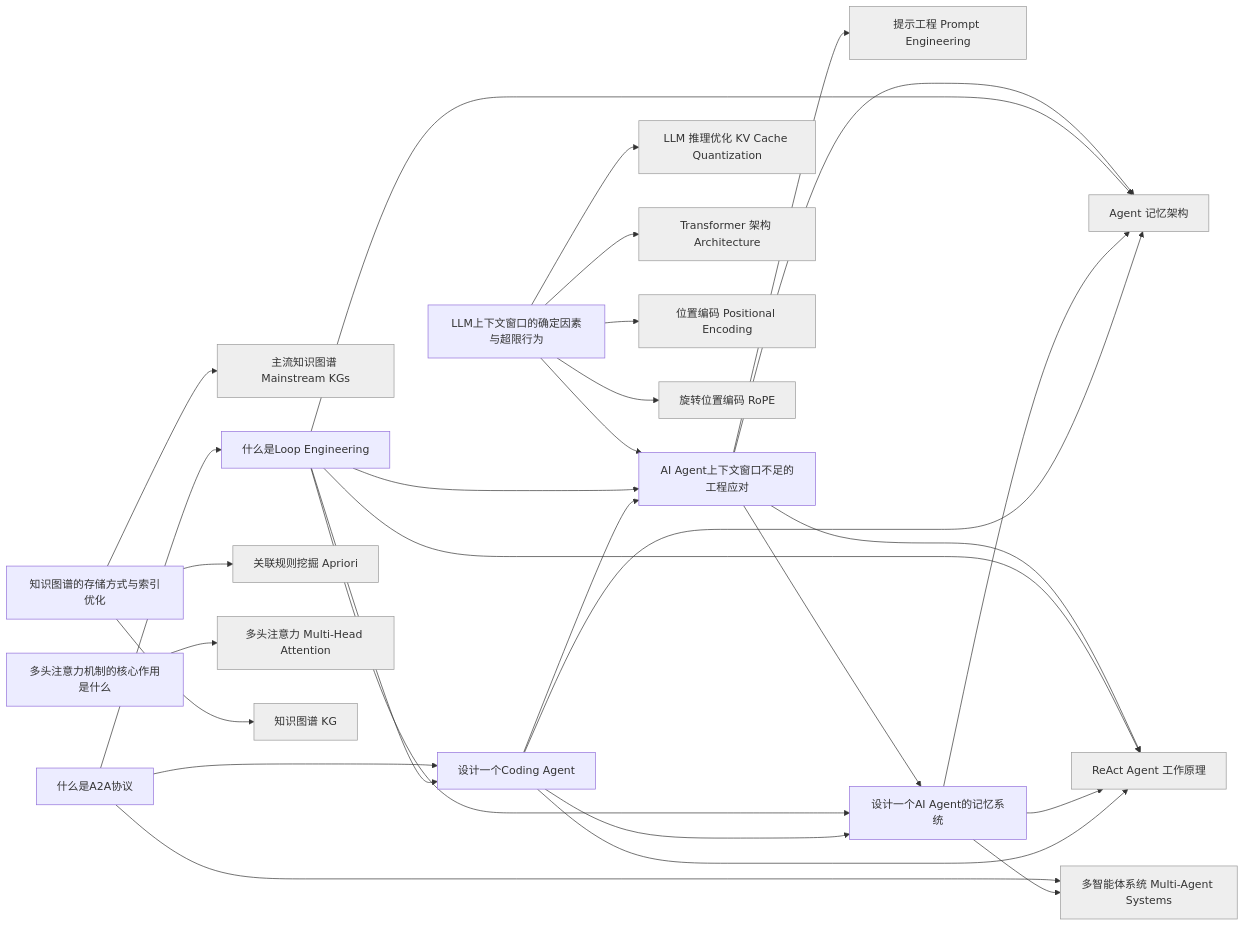
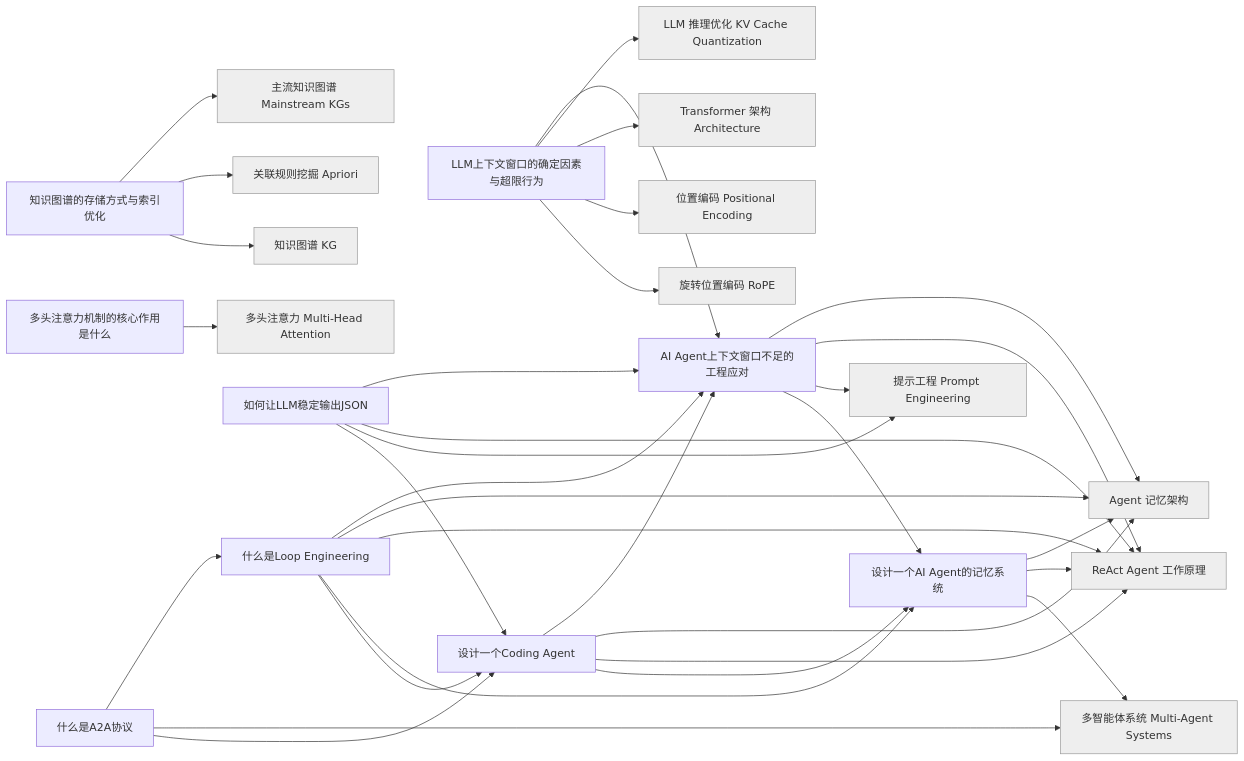
The diagram in interview-graph.md (codingfeng-fufu/radar-loom), drawn with Mermaid before and after one commit. The commit also changed other lines of this file and 5 other files, not shown here.

````diff
--- a/interview-graph.md
+++ b/interview-graph.md
@@ -5,52 +5,57 @@
 ```mermaid
 graph LR
     AI_Agent上下文窗口不足的工程应对["AI Agent上下文窗口不足的工程应对"]
     Agent_记忆架构["Agent 记忆架构"]:::ext
     LLM_推理优化_KV_Cache_Quantization["LLM 推理优化 KV Cache Quantization"]:::ext
     LLM上下文窗口的确定因素与超限行为["LLM上下文窗口的确定因素与超限行为"]
     ReAct_Agent_工作原理["ReAct Agent 工作原理"]:::ext
     Transformer_架构_Architecture["Transformer 架构 Architecture"]:::ext
     主流知识图谱_Mainstream_KGs["主流知识图谱 Mainstream KGs"]:::ext
     什么是A2A协议["什么是A2A协议"]
     什么是Loop_Engineering["什么是Loop Engineering"]
     位置编码_Positional_Encoding["位置编码 Positional Encoding"]:::ext
     关联规则挖掘_Apriori["关联规则挖掘 Apriori"]:::ext
     多头注意力_Multi_Head_Attention["多头注意力 Multi-Head Attention"]:::ext
     多头注意力机制的核心作用是什么["多头注意力机制的核心作用是什么"]
     多智能体系统_Multi_Agent_Systems["多智能体系统 Multi-Agent Systems"]:::ext
+    如何让LLM稳定输出JSON["如何让LLM稳定输出JSON"]
     提示工程_Prompt_Engineering["提示工程 Prompt Engineering"]:::ext
     旋转位置编码_RoPE["旋转位置编码 RoPE"]:::ext
     知识图谱_KG["知识图谱 KG"]:::ext
     知识图谱的存储方式与索引优化["知识图谱的存储方式与索引优化"]
     设计一个AI_Agent的记忆系统["设计一个AI Agent的记忆系统"]
     设计一个Coding_Agent["设计一个Coding Agent"]
     AI_Agent上下文窗口不足的工程应对 --> Agent_记忆架构
     AI_Agent上下文窗口不足的工程应对 --> ReAct_Agent_工作原理
     AI_Agent上下文窗口不足的工程应对 --> 提示工程_Prompt_Engineering
     AI_Agent上下文窗口不足的工程应对 --> 设计一个AI_Agent的记忆系统
     LLM上下文窗口的确定因素与超限行为 --> AI_Agent上下文窗口不足的工程应对
     LLM上下文窗口的确定因素与超限行为 --> LLM_推理优化_KV_Cache_Quantization
     LLM上下文窗口的确定因素与超限行为 --> Transformer_架构_Architecture
     LLM上下文窗口的确定因素与超限行为 --> 位置编码_Positional_Encoding
     LLM上下文窗口的确定因素与超限行为 --> 旋转位置编码_RoPE
     什么是A2A协议 --> 什么是Loop_Engineering
     什么是A2A协议 --> 多智能体系统_Multi_Agent_Systems
     什么是A2A协议 --> 设计一个Coding_Agent
     什么是Loop_Engineering --> AI_Agent上下文窗口不足的工程应对
     什么是Loop_Engineering --> Agent_记忆架构
     什么是Loop_Engineering --> ReAct_Agent_工作原理
     什么是Loop_Engineering --> 设计一个AI_Agent的记忆系统
     什么是Loop_Engineering --> 设计一个Coding_Agent
     多头注意力机制的核心作用是什么 --> 多头注意力_Multi_Head_Attention
+    如何让LLM稳定输出JSON --> AI_Agent上下文窗口不足的工程应对
+    如何让LLM稳定输出JSON --> ReAct_Agent_工作原理
+    如何让LLM稳定输出JSON --> 提示工程_Prompt_Engineering
+    如何让LLM稳定输出JSON --> 设计一个Coding_Agent
     知识图谱的存储方式与索引优化 --> 主流知识图谱_Mainstream_KGs
     知识图谱的存储方式与索引优化 --> 关联规则挖掘_Apriori
     知识图谱的存储方式与索引优化 --> 知识图谱_KG
     设计一个AI_Agent的记忆系统 --> Agent_记忆架构
     设计一个AI_Agent的记忆系统 --> ReAct_Agent_工作原理
     设计一个AI_Agent的记忆系统 --> 多智能体系统_Multi_Agent_Systems
     设计一个Coding_Agent --> AI_Agent上下文窗口不足的工程应对
     设计一个Coding_Agent --> Agent_记忆架构
     设计一个Coding_Agent --> ReAct_Agent_工作原理
     设计一个Coding_Agent --> 设计一个AI_Agent的记忆系统
     classDef ext fill:#eee,stroke:#999;
 ```
````
